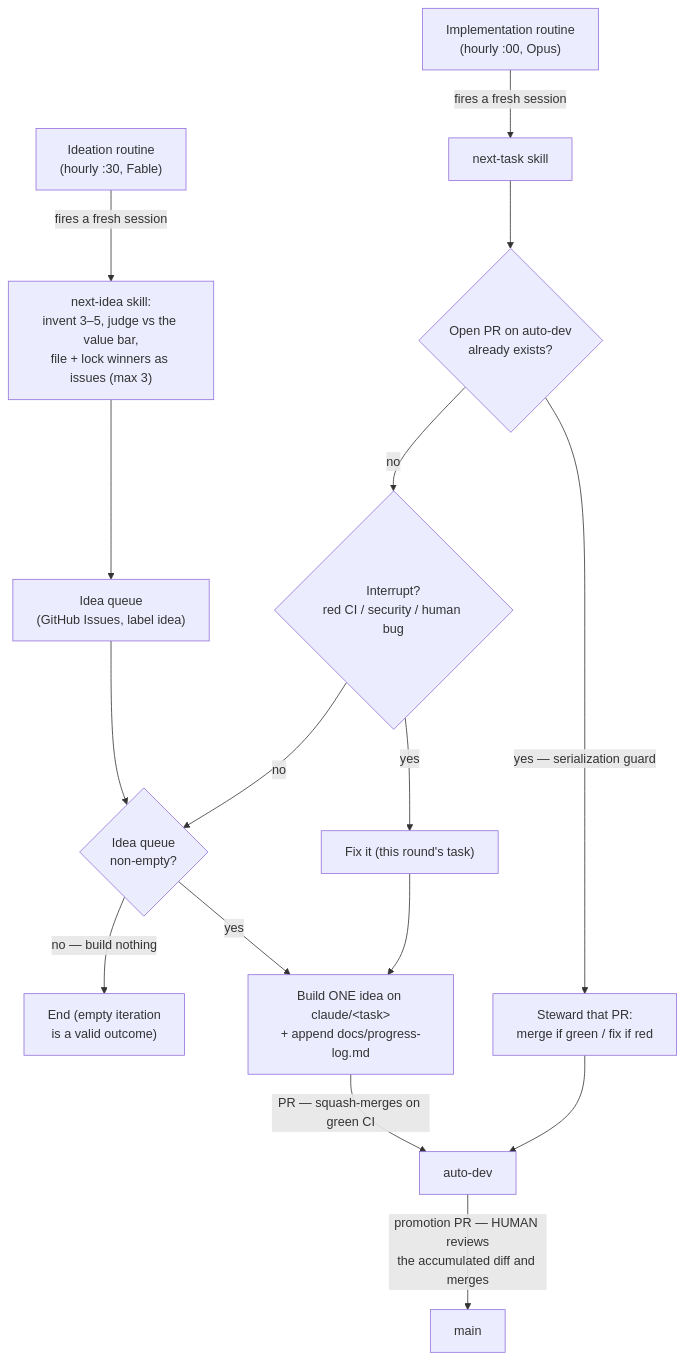
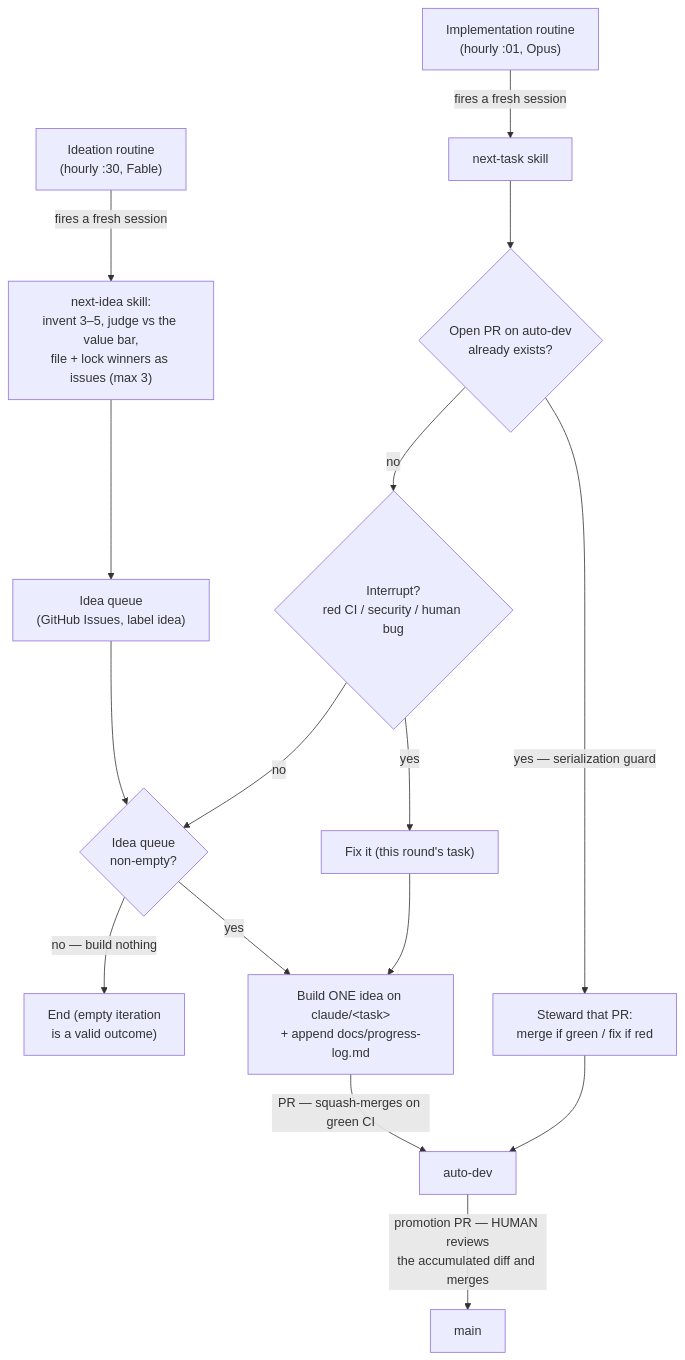
Before and after one commit to breaking-brake/cc-wf-studio: the diagram in docs/task-automation.md, drawn with Mermaid. The commit also changed other lines of this file, not shown here.

Commit message:
docs: note implementation routine runs at :01 (API rejects minute 0)

````diff
--- a/docs/task-automation.md
+++ b/docs/task-automation.md
@@ -13,18 +13,18 @@
 ```mermaid
 flowchart TD
     R1["Ideation routine<br>(hourly :30, Fable)"] -->|fires a fresh session| NI["next-idea skill:<br>invent 3–5, judge vs the value bar,<br>file + lock winners as issues (max 3)"]
     NI --> Q["Idea queue<br>(GitHub Issues, label idea)"]
-    R2["Implementation routine<br>(hourly :00, Opus)"] -->|fires a fresh session| NT["next-task skill"]
+    R2["Implementation routine<br>(hourly :01, Opus)"] -->|fires a fresh session| NT["next-task skill"]
     NT --> G{"Open PR on auto-dev<br>already exists?"}
     G -->|"yes — serialization guard"| S["Steward that PR:<br>merge if green / fix if red"]
     G -->|no| I{"Interrupt?<br>red CI / security / human bug"}
     I -->|yes| FIX["Fix it (this round's task)"]
     I -->|no| P{"Idea queue<br>non-empty?"}
     Q --> P
     P -->|yes| B["Build ONE idea on claude/#lt;task#gt;<br>+ append docs/progress-log.md"]
     P -->|"no — build nothing"| E["End (empty iteration<br>is a valid outcome)"]
     FIX --> B
     B -->|"PR — squash-merges on green CI"| AD["auto-dev"]
     S --> AD
     AD -->|"promotion PR — HUMAN reviews<br>the accumulated diff and merges"| M["main"]
 ```
````
